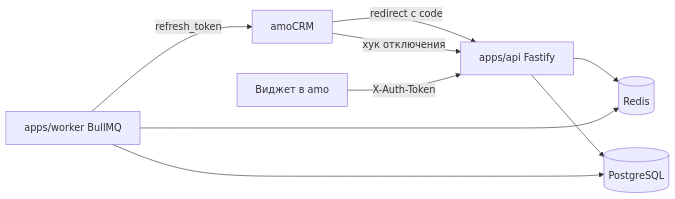
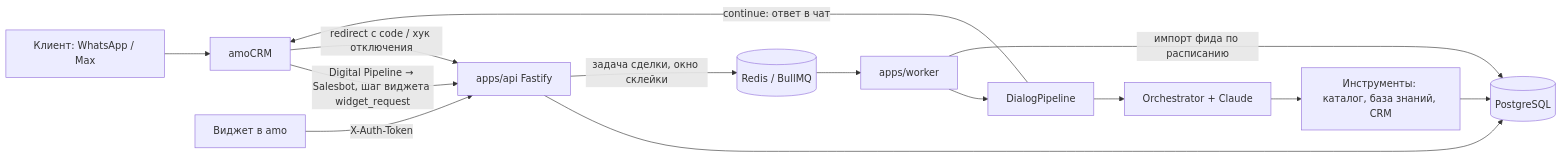
Before and after one commit to aleksnevedrov-cloud/amo: the diagram in docs/architecture.md, drawn with Mermaid. The commit also changed other lines of this file and 106 other files, not shown here.

````diff
--- a/docs/architecture.md
+++ b/docs/architecture.md
@@ -3,11 +3,16 @@
 ```mermaid
 flowchart LR
-  AMO[amoCRM] -- redirect с code --> API
-  AMO -- хук отключения --> API
+  C[Клиент: WhatsApp / Max] --> AMO[amoCRM]
+  AMO -- Digital Pipeline → Salesbot, шаг виджета widget_request --> API
+  AMO -- redirect с code / хук отключения --> API
   W[Виджет в amo] -- X-Auth-Token --> API
   API[apps/api Fastify] --> PG[(PostgreSQL)]
-  API --> R[(Redis)]
-  WK[apps/worker BullMQ] --> R
-  WK -- refresh_token --> AMO
-  WK --> PG
+  API -- задача сделки, окно склейки --> R[(Redis / BullMQ)]
+  R --> WK[apps/worker]
+  WK --> P[DialogPipeline]
+  P --> O[Orchestrator + Claude]
+  O --> T[Инструменты: каталог, база знаний, CRM]
+  T --> PG
+  P -- continue: ответ в чат --> AMO
+  WK -- импорт фида по расписанию --> PG
 ```
````
